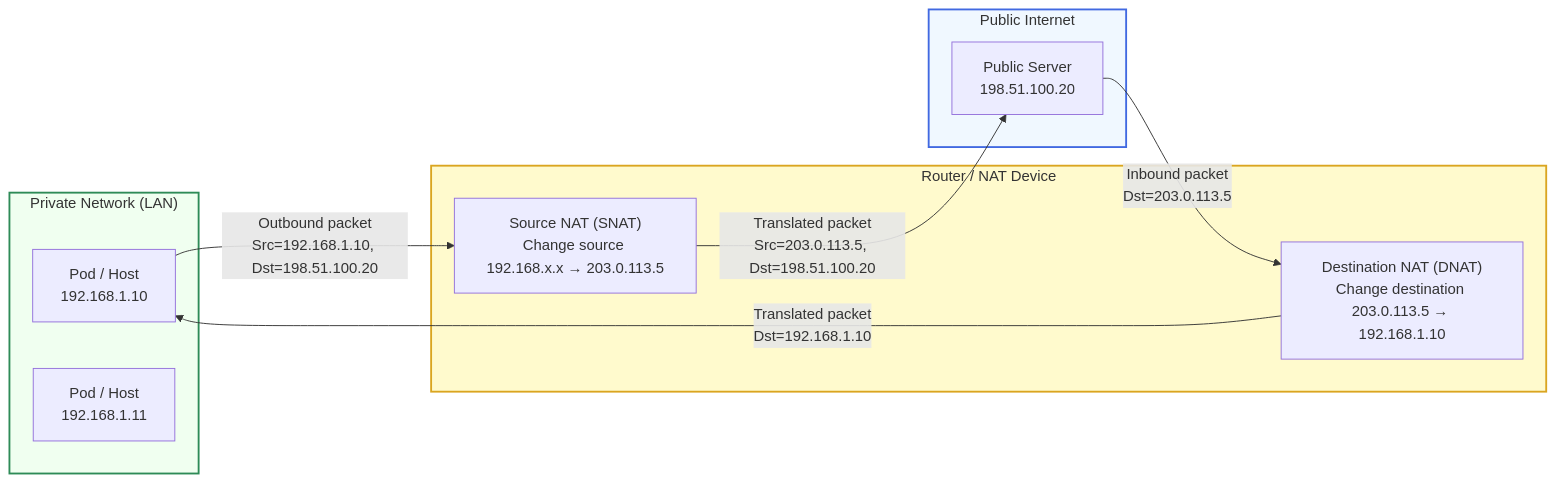
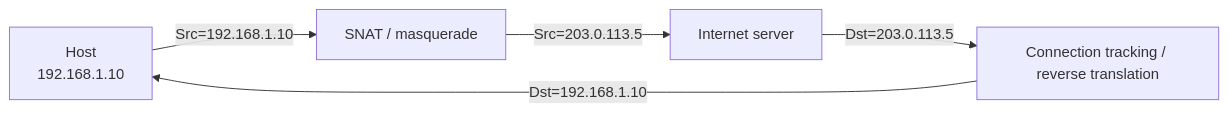
One commit to linhbngo/linhbngo.github.io changed the third of 3 diagrams in _csc478/06-clusterip.md. Above: the diagram before and after it, drawn with Mermaid. The commit also changed other lines of this file and 7 other files, not shown here.

````diff
--- a/_csc478/06-clusterip.md
+++ b/_csc478/06-clusterip.md
@@ -422,32 +1125,7 @@
 ```mermaid
 flowchart LR
-subgraph Private["Private Network (LAN)"]
-    A["Pod / Host<br/>192.168.1.10"]
-    B["Pod / Host<br/>192.168.1.11"]
-end
-
-subgraph Router["Router / NAT Device"]
-    N1["Source NAT (SNAT)<br/>Change source 192.168.x.x → 203.0.113.5"]
-    N2["Destination NAT (DNAT)<br/>Change destination 203.0.113.5 → 192.168.1.10"]
-end
-
-subgraph Internet["Public Internet"]
-    S["Public Server<br/>198.51.100.20"]
-end
-
-%% Outbound
-A -->|"Outbound packet<br/>Src=192.168.1.10, Dst=198.51.100.20"| N1
-N1 -->|"Translated packet<br/>Src=203.0.113.5, Dst=198.51.100.20"| S
-
-%% Inbound
-S -->|"Inbound packet<br/>Dst=203.0.113.5"| N2
-N2 -->|"Translated packet<br/>Dst=192.168.1.10"| A
-
-%% Styling
-classDef private fill:#f0fff0,stroke:#2e8b57,stroke-width:2px;
-classDef nat fill:#fffacd,stroke:#daa520,stroke-width:2px;
-classDef internet fill:#f0f8ff,stroke:#4169e1,stroke-width:2px;
-class Private private
-class Router nat
-class Internet internet
+    A["Host\n192.168.1.10"] -->|"Src=192.168.1.10"| SNAT["SNAT / masquerade"]
+    SNAT -->|"Src=203.0.113.5"| S["Internet server"]
+    S -->|"Dst=203.0.113.5"| DNAT["Connection tracking / reverse translation"]
+    DNAT -->|"Dst=192.168.1.10"| A
 ```
````
